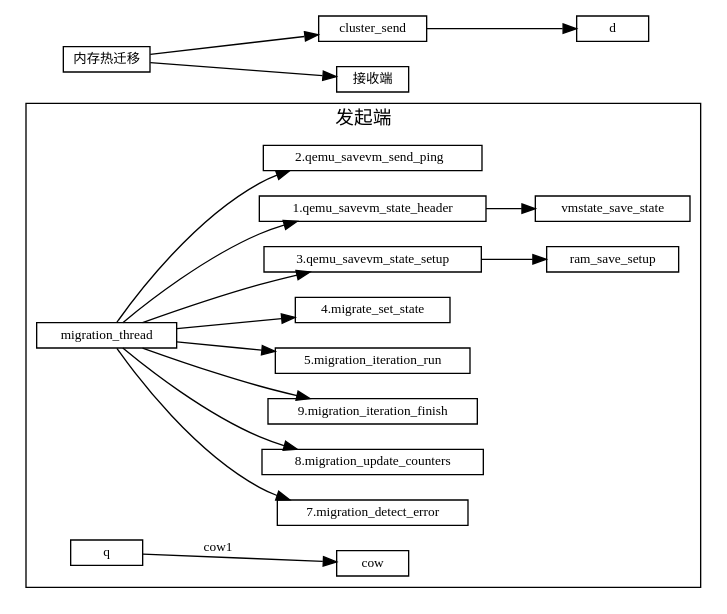
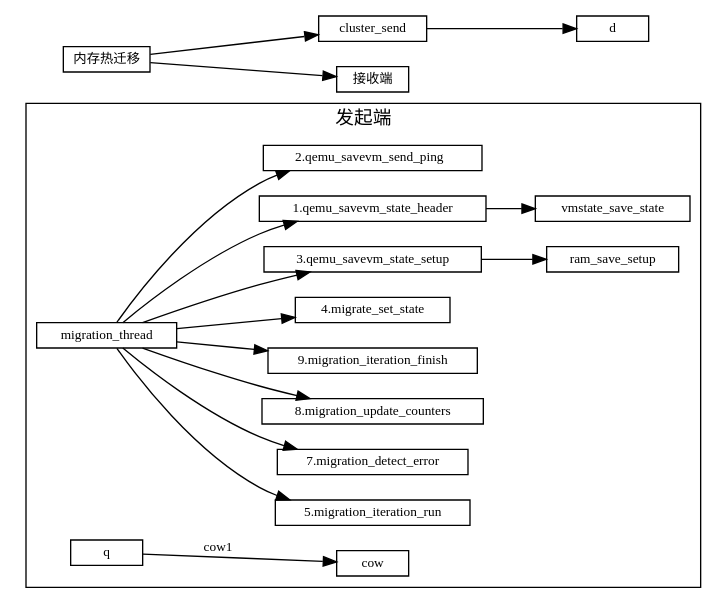
Before and after one commit to sisyphus1212/note: the diagram in 虚拟化/热迁移/1-内存热迁移.md, drawn with Graphviz.

Commit message:
auto_update

````diff
--- a/虚拟化/热迁移/1-内存热迁移.md
+++ b/虚拟化/热迁移/1-内存热迁移.md
@@ -11,41 +11,42 @@
 ```graphviz
 digraph {
 fontname="Helvetica,Arial,sans-serif"
 //node [fontname="Helvetica,Arial,sans-serif"]
 //edge [fontname="Helvetica,Arial,sans-serif"]
 rankdir="LR"
 node [fontsize=10, shape=record, height=0.25]
 edge [fontsize=10]
   subgraph send {
     cluster=true;
     label="发起端";
+        migration_iteration_run[label="5.migration_iteration_run"];
     migration_detect_error[label="7.migration_detect_error"]
     migration_update_counters[label="8.migration_update_counters"]
     migration_iteration_finish[label="9.migration_iteration_finish"]
-    migration_iteration_run[label="5.migration_iteration_run"];
+
     migrate_set_state[label="4.migrate_set_state"];
     qemu_savevm_state_setup[label="3.qemu_savevm_state_setup"]
 
     migration_thread -> "1.qemu_savevm_state_header"
                      -> vmstate_save_state;
     migration_thread -> "2.qemu_savevm_send_ping  ";
     migration_thread -> qemu_savevm_state_setup
                      -> ram_save_setup;
     migration_thread -> migrate_set_state;
     migration_thread -> migration_iteration_run;
     migration_thread -> migration_detect_error
     migration_thread -> migration_update_counters
     migration_thread -> migration_iteration_finish
 
 
 
     q -> cow[label="cow1"];
   }
 
 内存热迁移 [label="内存热迁移"]
 内存热迁移 -> cluster_send
            -> d
 
 内存热迁移 -> 接收端
 }
 ```
````
